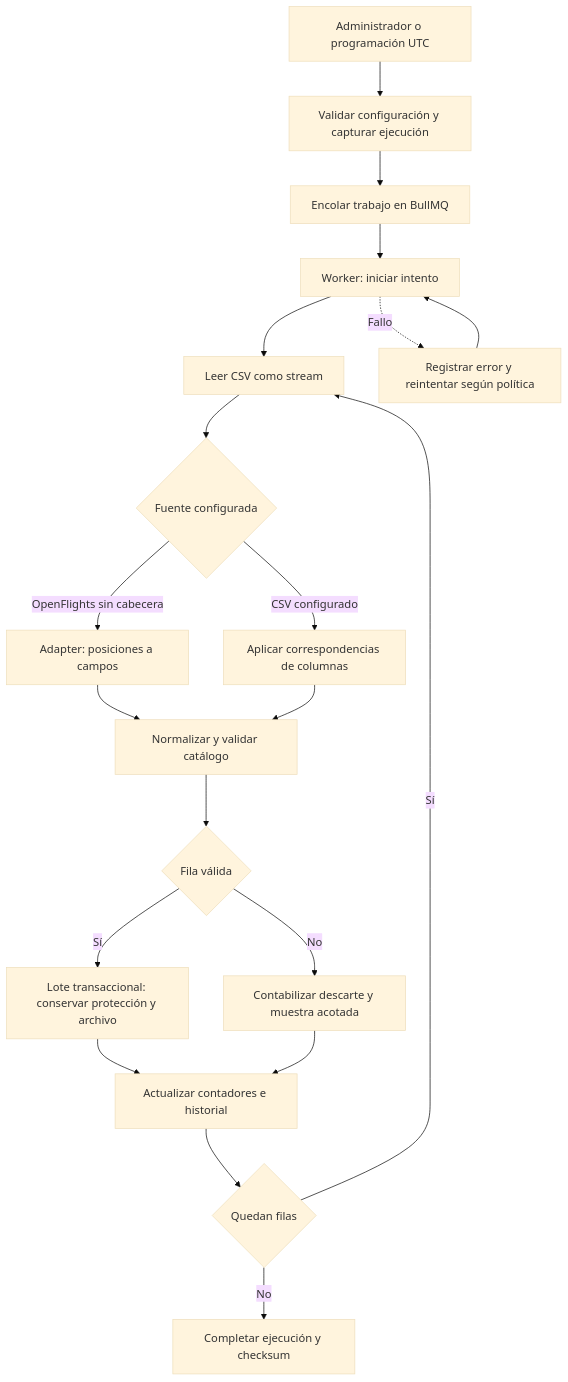
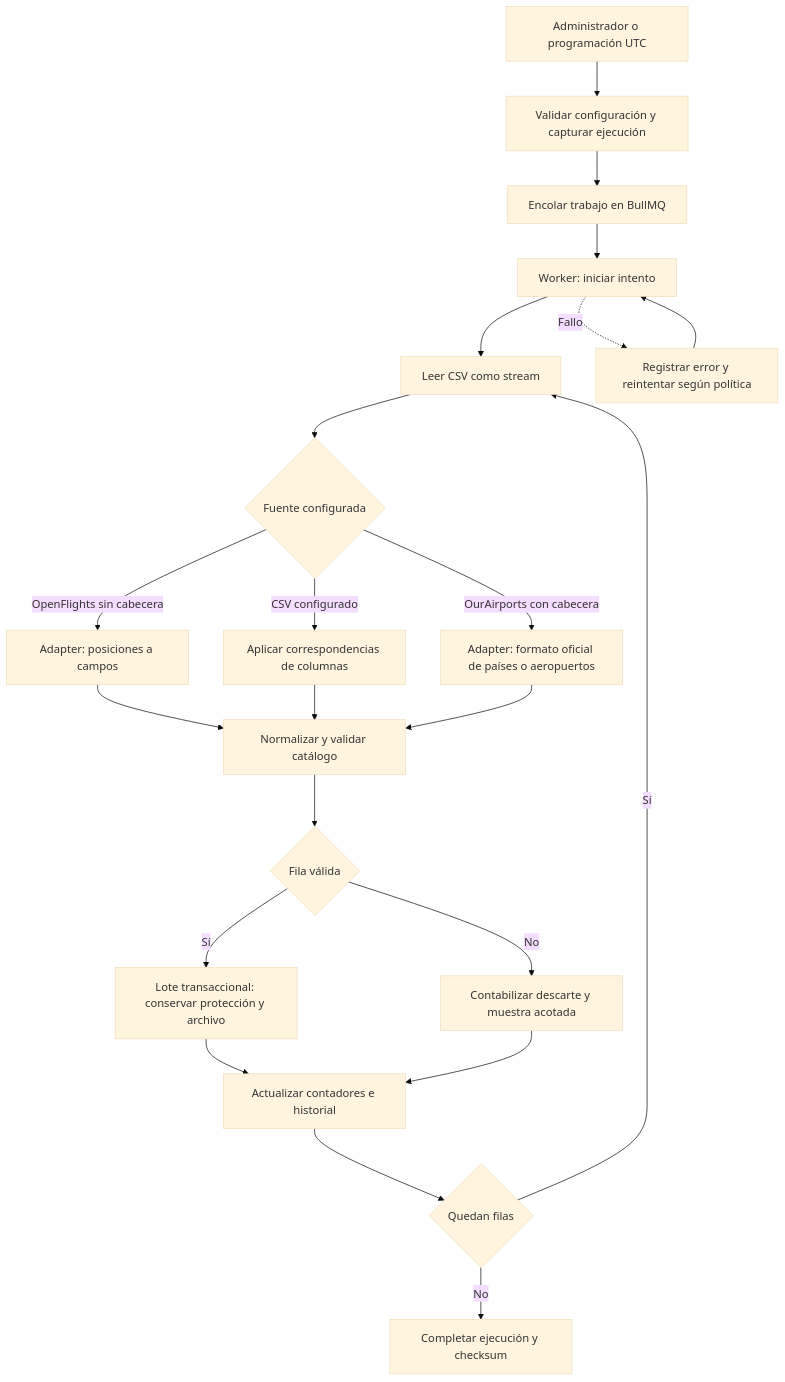
One commit to delforrr/FlyWise changed the first of 3 diagrams in docs/flights-metrics/flows.md. Above: the diagram before and after it, drawn with Mermaid (base theme). The commit also changed other lines of this file and 25 other files, not shown here.

Commit message:
feat(etl): incorporar OurAirports y resolver identidades de catálogo

````diff
--- a/docs/flights-metrics/flows.md
+++ b/docs/flights-metrics/flows.md
@@ -7,22 +7,24 @@
 ```mermaid
 flowchart TD
     A[Administrador o programación UTC] --> B[Validar configuración y capturar ejecución]
     B --> C[Encolar trabajo en BullMQ]
     C --> D[Worker: iniciar intento]
     D --> E[Leer CSV como stream]
     E --> F{Fuente configurada}
     F -->|OpenFlights sin cabecera| G[Adapter: posiciones a campos]
     F -->|CSV configurado| H[Aplicar correspondencias de columnas]
+    F -->|OurAirports con cabecera| Q[Adapter: formato oficial de países o aeropuertos]
     G --> I[Normalizar y validar catálogo]
     H --> I
+    Q --> I
     I --> J{Fila válida}
     J -->|Sí| K[Lote transaccional: conservar protección y archivo]
     J -->|No| L[Contabilizar descarte y muestra acotada]
     K --> M[Actualizar contadores e historial]
     L --> M
     M --> N{Quedan filas}
     N -->|Sí| E
     N -->|No| O[Completar ejecución y checksum]
     D -. Fallo .-> P[Registrar error y reintentar según política]
     P --> D
 ```
````
